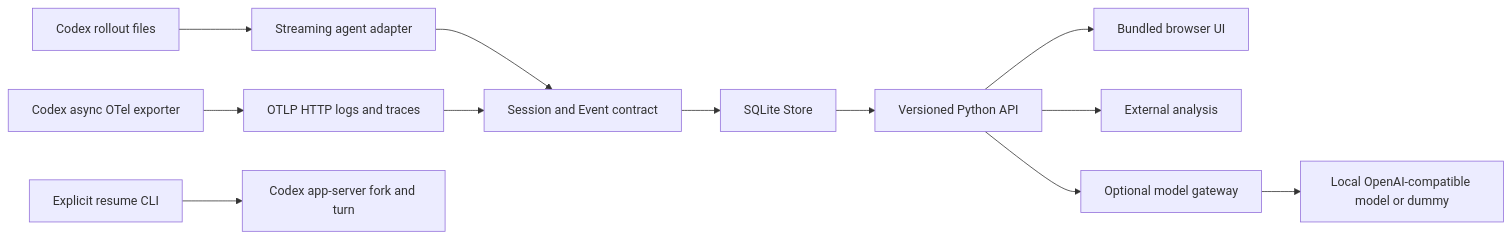
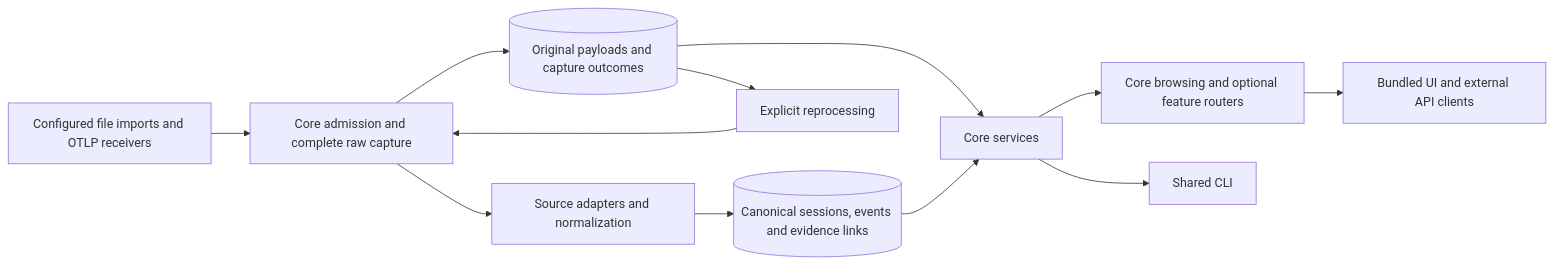
Before and after one commit to CoralLeiCN/AgentBoard: the diagram in docs/architecture.md, drawn with Mermaid. The commit also changed other lines of this file and 69 other files, not shown here.

First line of the commit message:
Add configurable features and durable raw payload capture (#14)

````diff
--- a/docs/architecture.md
+++ b/docs/architecture.md
@@ -5,14 +5,14 @@
 ```mermaid
 flowchart LR
-  C[Codex rollout files] --> I[Streaming agent adapter]
-  O[Codex async OTel exporter] --> H[OTLP HTTP logs and traces]
-  I --> N[Session and Event contract]
-  H --> N
-  N --> S[SQLite Store]
-  S --> A[Versioned Python API]
-  A --> U[Bundled browser UI]
-  A --> E[External analysis]
-  A --> M[Optional model gateway]
-  M --> L[Local OpenAI-compatible model or dummy]
-  R[Explicit resume CLI] --> X[Codex app-server fork and turn]
+  C[Configured file imports and OTLP receivers] --> A[Core admission and complete raw capture]
+  A --> R[(Original payloads and capture outcomes)]
+  A --> N[Source adapters and normalization]
+  N --> S[(Canonical sessions, events and evidence links)]
+  R --> P[Explicit reprocessing]
+  P --> A
+  R --> V[Core services]
+  S --> V
+  V --> H[Core browsing and optional feature routers]
+  H --> U[Bundled UI and external API clients]
+  V --> L[Shared CLI]
 ```
````
